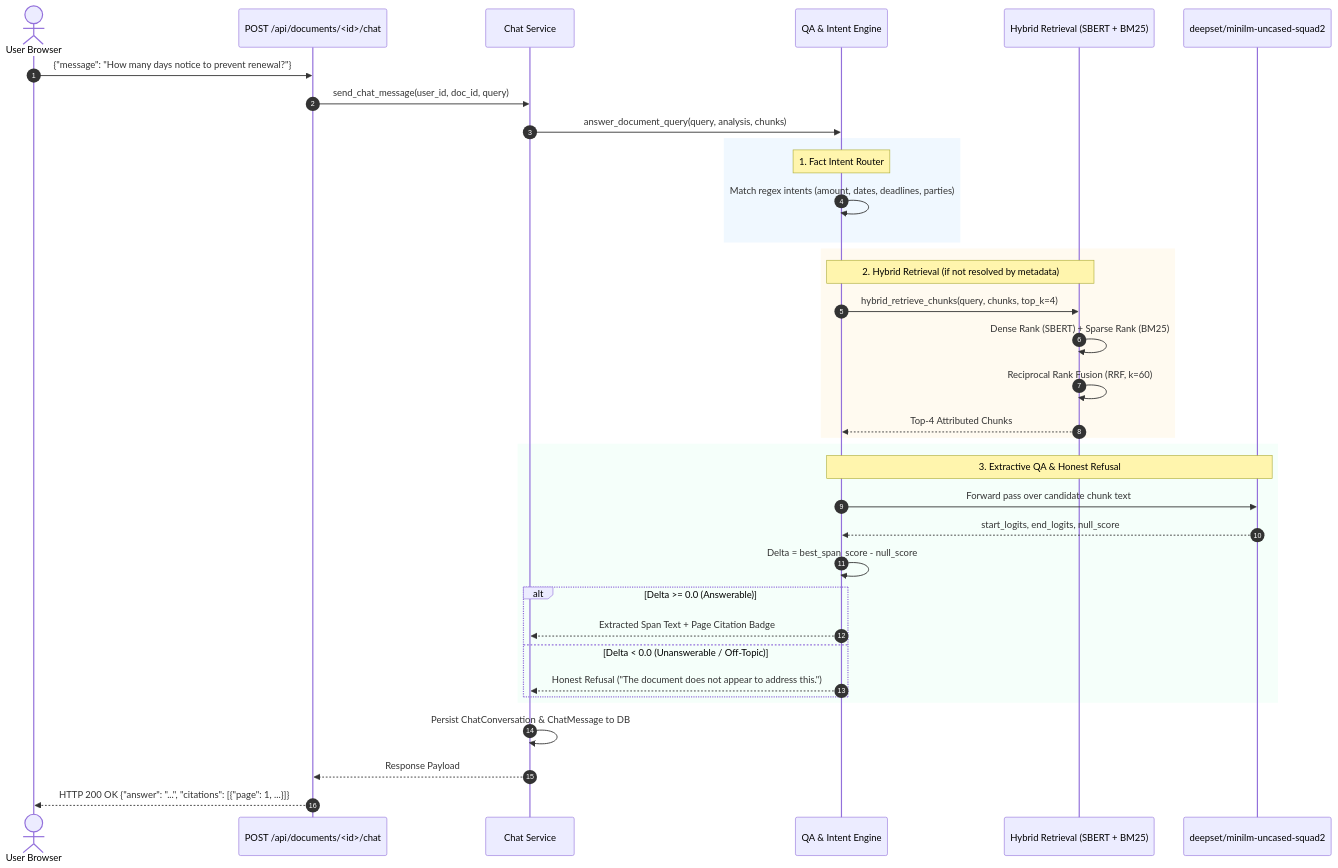
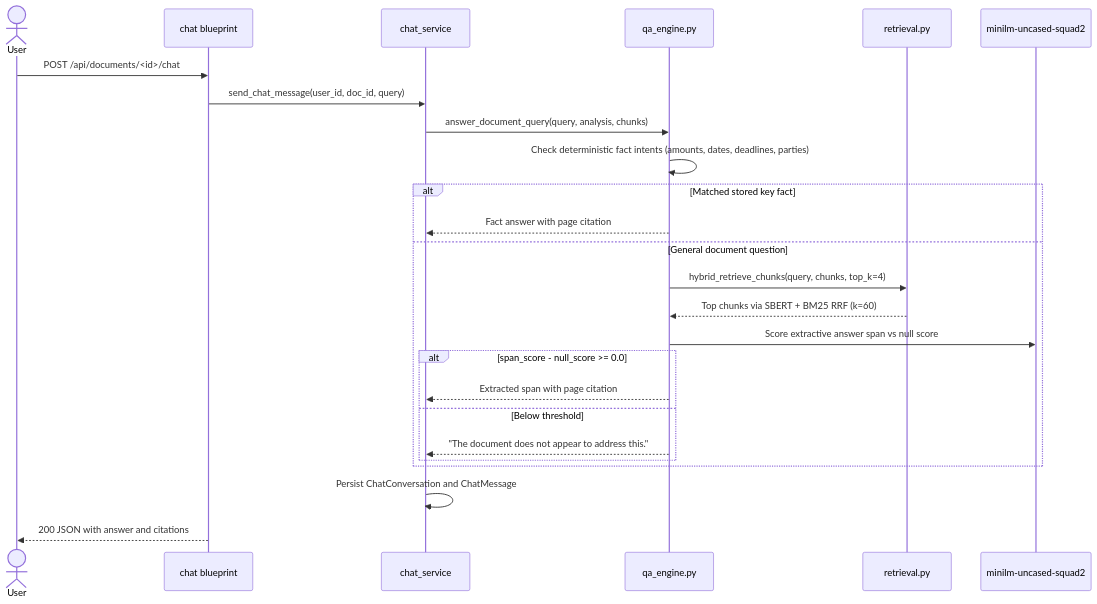
Before and after one commit to rishi-chowdary/KanoonSaathi: the third of 4 diagrams in docs/architecture.md, drawn with Mermaid. The commit also changed other lines of this file and 10 other files, not shown here.

````diff
--- a/docs/architecture.md
+++ b/docs/architecture.md
@@ -111,43 +96,28 @@
 ```mermaid
 sequenceDiagram
-    autonumber
-    actor User as User Browser
-    participant ChatAPI as POST /api/documents/<id>/chat
-    participant ChatSvc as Chat Service
-    participant QAEng as QA & Intent Engine
-    participant Retrieval as Hybrid Retrieval (SBERT + BM25)
-    participant Model as deepset/minilm-uncased-squad2
-    
-    User->>ChatAPI: {"message": "How many days notice to prevent renewal?"}
+    actor User
+    participant ChatAPI as chat blueprint
+    participant ChatSvc as chat_service
+    participant QA as qa_engine.py
+    participant Retrieval as retrieval.py
+    participant Model as minilm-uncased-squad2
+
+    User->>ChatAPI: POST /api/documents/<id>/chat
     ChatAPI->>ChatSvc: send_chat_message(user_id, doc_id, query)
-    ChatSvc->>QAEng: answer_document_query(query, analysis, chunks)
-    
-    rect rgb(240, 248, 255)
-        Note over QAEng: 1. Fact Intent Router
-        QAEng->>QAEng: Match regex intents (amount, dates, deadlines, parties)
-    end
-    
-    rect rgb(255, 250, 240)
-        Note over QAEng, Retrieval: 2. Hybrid Retrieval (if not resolved by metadata)
-        QAEng->>Retrieval: hybrid_retrieve_chunks(query, chunks, top_k=4)
-        Retrieval->>Retrieval: Dense Rank (SBERT) + Sparse Rank (BM25)
-        Retrieval->>Retrieval: Reciprocal Rank Fusion (RRF, k=60)
-        Retrieval-->>QAEng: Top-4 Attributed Chunks
-    end
-    
-    rect rgb(245, 255, 250)
-        Note over QAEng, Model: 3. Extractive QA & Honest Refusal
-        QAEng->>Model: Forward pass over candidate chunk text
-        Model-->>QAEng: start_logits, end_logits, null_score
-        QAEng->>QAEng: Delta = best_span_score - null_score
-        alt Delta >= 0.0 (Answerable)
-            QAEng-->>ChatSvc: Extracted Span Text + Page Citation Badge
-        else Delta < 0.0 (Unanswerable / Off-Topic)
-            QAEng-->>ChatSvc: Honest Refusal ("The document does not appear to address this.")
+    ChatSvc->>QA: answer_document_query(query, analysis, chunks)
+    QA->>QA: Check deterministic fact intents (amounts, dates, deadlines, parties)
+    alt Matched stored key fact
+        QA-->>ChatSvc: Fact answer with page citation
+    else General document question
+        QA->>Retrieval: hybrid_retrieve_chunks(query, chunks, top_k=4)
+        Retrieval-->>QA: Top chunks via SBERT + BM25 RRF (k=60)
+        QA->>Model: Score extractive answer span vs null score
+        alt span_score - null_score >= 0.0
+            QA-->>ChatSvc: Extracted span with page citation
+        else Below threshold
+            QA-->>ChatSvc: "The document does not appear to address this."
         end
     end
-    
-    ChatSvc->>ChatSvc: Persist ChatConversation & ChatMessage to DB
-    ChatSvc-->>ChatAPI: Response Payload
-    ChatAPI-->>User: HTTP 200 OK {"answer": "...", "citations": [{"page": 1, ...}]}
+    ChatSvc->>ChatSvc: Persist ChatConversation and ChatMessage
+    ChatAPI-->>User: 200 JSON with answer and citations
 ```
````
